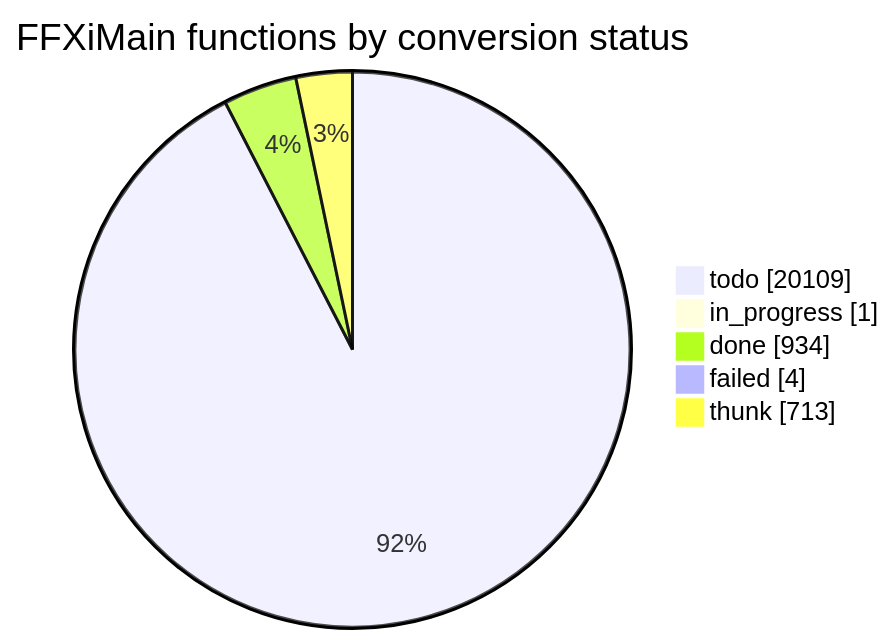
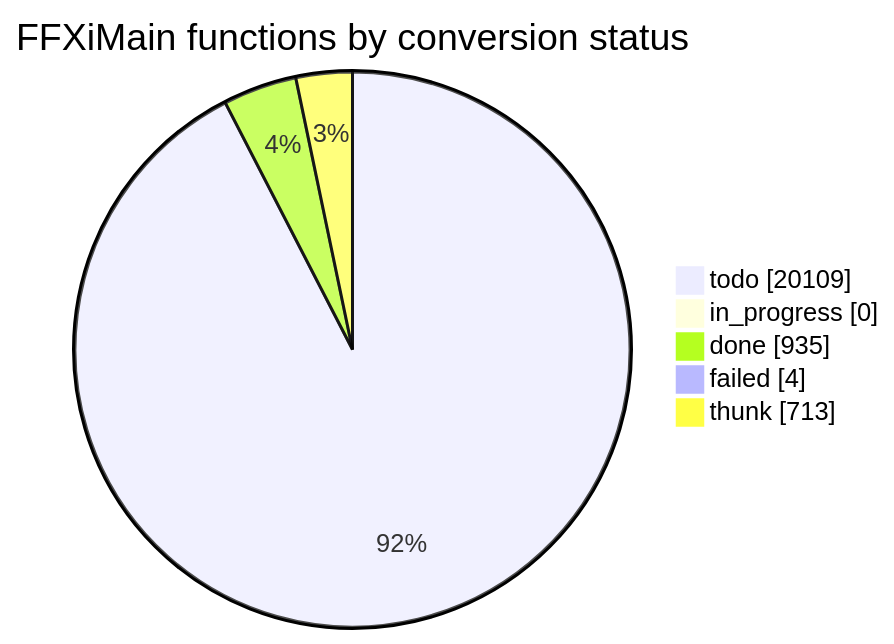
The diagram in docs/cow/STATUS.md (cowrevenge/cow_kuluu_xi_anything), drawn with Mermaid before and after one commit. The commit also changed other lines of this file and 8 other files, not shown here.

````diff
--- a/docs/cow/STATUS.md
+++ b/docs/cow/STATUS.md
@@ -18,9 +18,9 @@
 ```mermaid
 pie showData
     title FFXiMain functions by conversion status
     "todo" : 20109
-    "in_progress" : 1
-    "done" : 934
+    "in_progress" : 0
+    "done" : 935
     "failed" : 4
     "thunk" : 713
 ```
````
